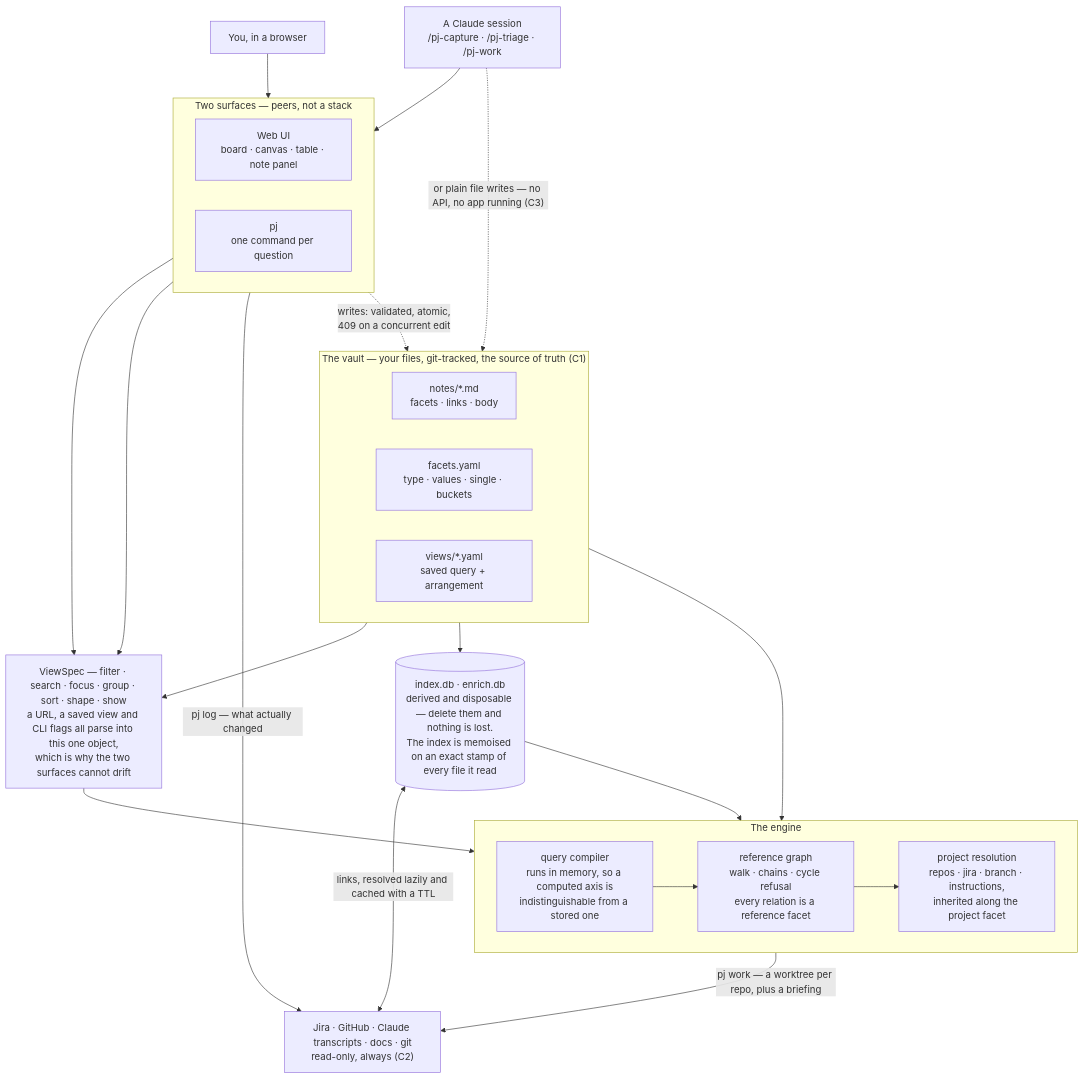
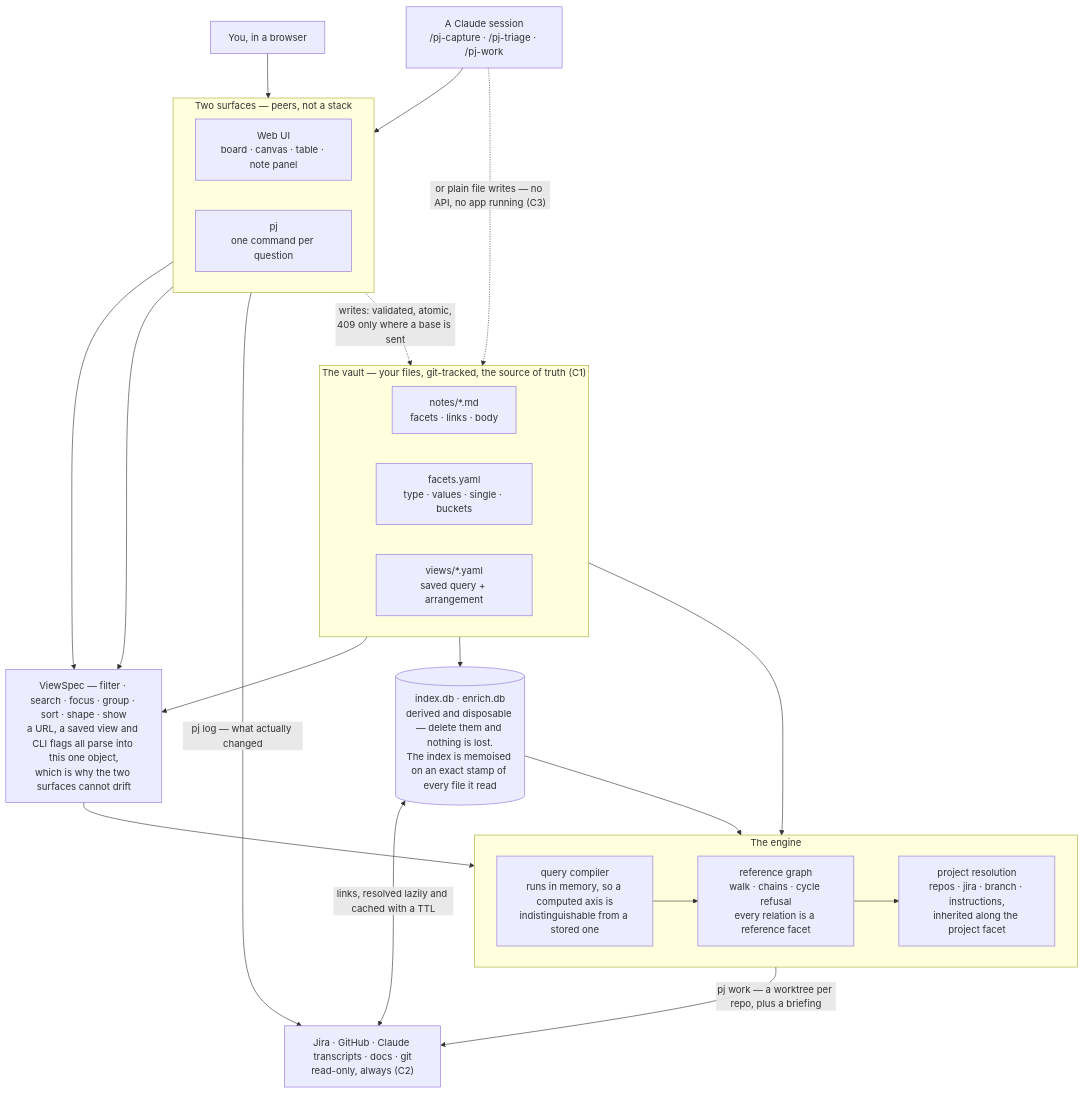
Before and after one commit to kramar42/projector: the diagram in ARCHITECTURE.md, drawn with Mermaid. The commit also changed other lines of this file and 6 other files, not shown here.

````diff
--- a/ARCHITECTURE.md
+++ b/ARCHITECTURE.md
@@ -27,50 +27,50 @@
 ```mermaid
 flowchart TB
   subgraph vault["The vault — your files, git-tracked, the source of truth (C1)"]
     direction LR
     notes["notes/*.md<br/>facets · links · body"]
     fac["facets.yaml<br/>type · values · single · buckets"]
     vw["views/*.yaml<br/>saved query + arrangement"]
   end
 
   you["You, in a browser"]
   agent["A Claude session<br/>/pj-capture · /pj-triage · /pj-work"]
 
   subgraph surfaces["Two surfaces — peers, not a stack"]
     direction LR
     ui["Web UI<br/>board · canvas · table · note panel"]
     pj["pj<br/>one command per question"]
   end
 
   idx[("index.db · enrich.db<br/>derived and disposable — delete them and nothing is lost.<br/>The index is memoised on an exact stamp of every file it read")]
 
   spec["ViewSpec — filter · search · focus · group · sort · shape · show<br/>a URL, a saved view and CLI flags all parse into this one object,<br/>which is why the two surfaces cannot drift"]
 
   subgraph engine["The engine"]
     direction LR
     q["query compiler<br/>runs in memory, so a computed axis is<br/>indistinguishable from a stored one"]
     refs["reference graph<br/>walk · chains · cycle refusal<br/>every relation is a reference facet"]
     proj["project resolution<br/>repos · jira · branch · instructions,<br/>inherited along the project facet"]
   end
 
   outside["Jira · GitHub · Claude transcripts · docs · git<br/>read-only, always (C2)"]
 
   you --> ui
   agent --> pj
   vault --> idx
   vw --> spec
   ui --> spec
   pj --> spec
   fac --> q
   spec --> q
   idx --> q
   q --> refs
   refs --> proj
 
-  surfaces -.->|"writes: validated, atomic,<br/>409 on a concurrent edit"| notes
+  surfaces -.->|"writes: validated, atomic,<br/>409 only where a base is sent"| notes
   agent -.->|"or plain file writes — no API, no app running (C3)"| notes
 
   idx <-->|"links, resolved lazily and cached with a TTL"| outside
   proj -->|"pj work — a worktree per repo, plus a briefing"| outside
   pj -->|"pj log — what actually changed"| outside
 ```
````
